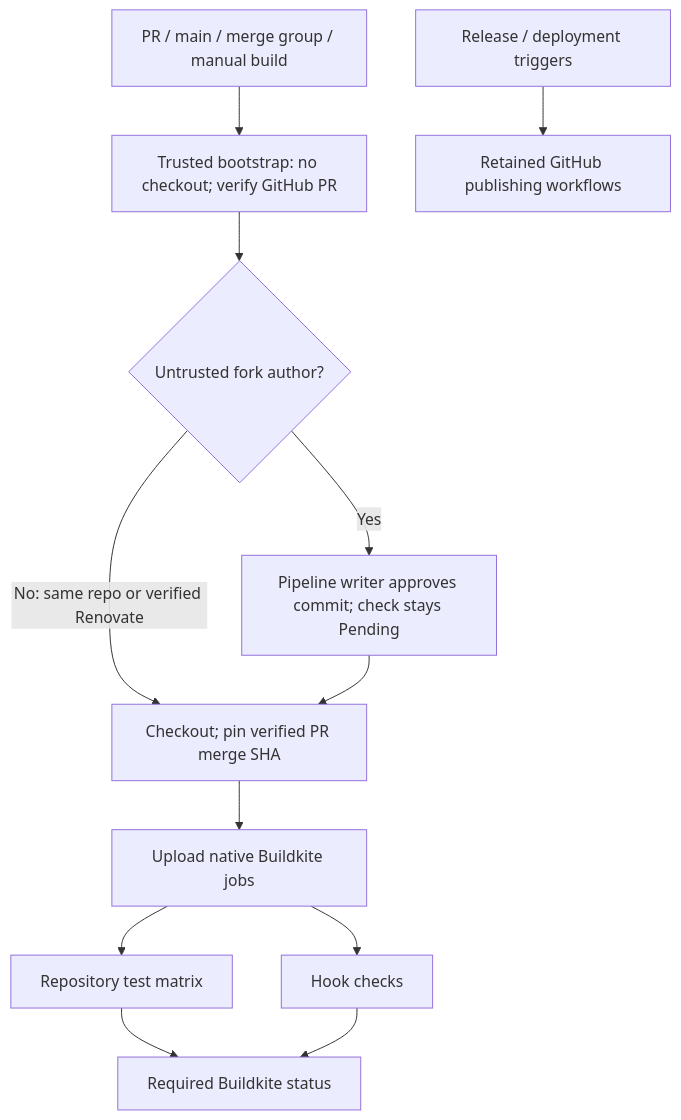
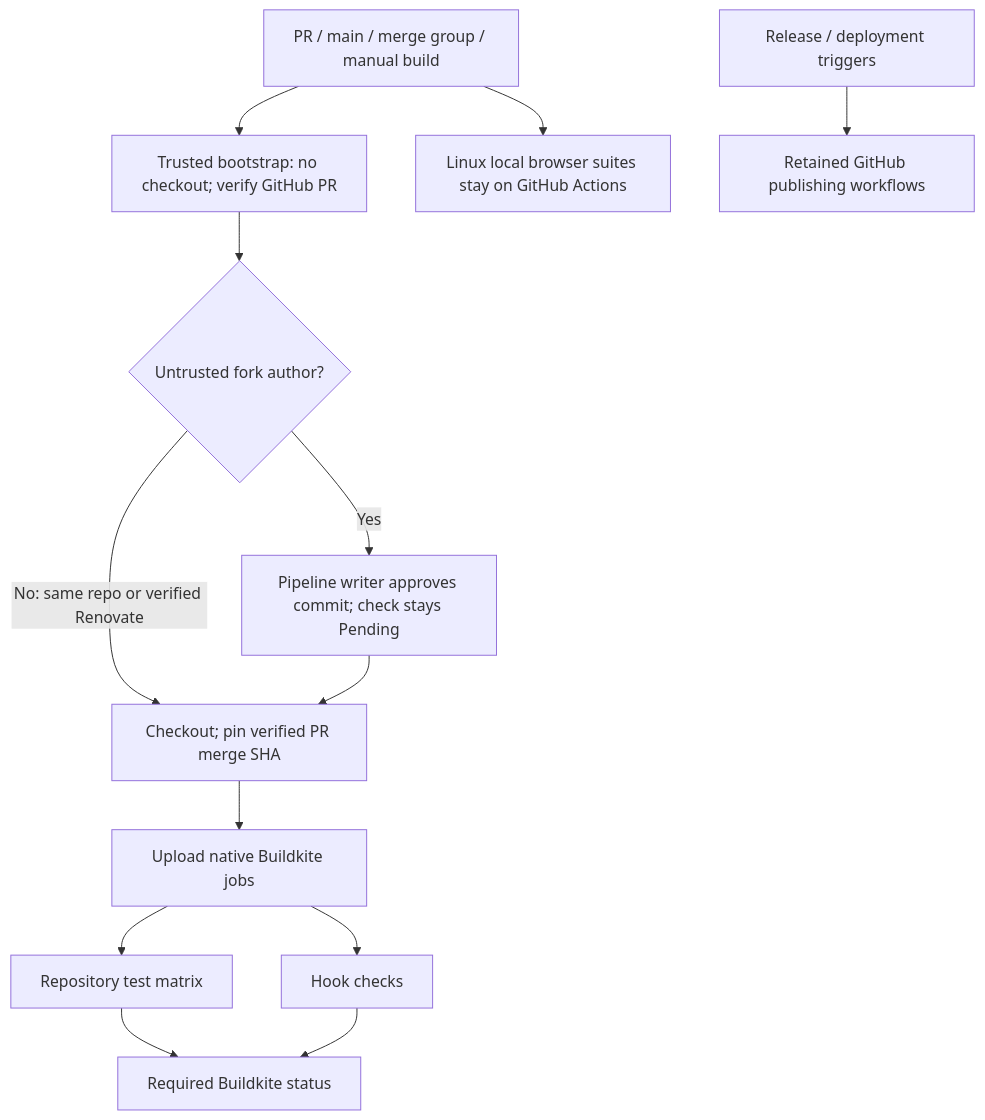
One commit to perplexityai/rules_web_e2e changed the diagram in .buildkite/README.md. Above: the diagram before and after it, drawn with Mermaid. The commit also changed other lines of this file and 3 other files, not shown here.

Commit message:
ci: preserve Linux browser isolation and provision host tools

````diff
--- a/.buildkite/README.md
+++ b/.buildkite/README.md
@@ -5,14 +5,15 @@
 ```mermaid
 flowchart TD
   E["PR / main / merge group / manual build"] --> P["Trusted bootstrap: no checkout; verify GitHub PR"]
   P --> F{"Untrusted fork author?"}
   F -->|Yes| A["Pipeline writer approves commit; check stays Pending"]
   F -->|No: same repo or verified Renovate| C["Checkout; pin verified PR merge SHA"]
   A --> C
   C --> U["Upload native Buildkite jobs"]
   U --> T["Repository test matrix"]
   U --> H["Hook checks"]
   T --> S["Required Buildkite status"]
   H --> S
+  E --> ARM["Linux local browser suites stay on GitHub Actions"]
   R["Release / deployment triggers"] --> G["Retained GitHub publishing workflows"]
 ```
````
